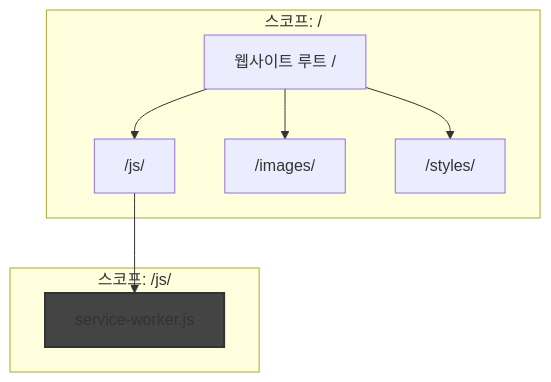
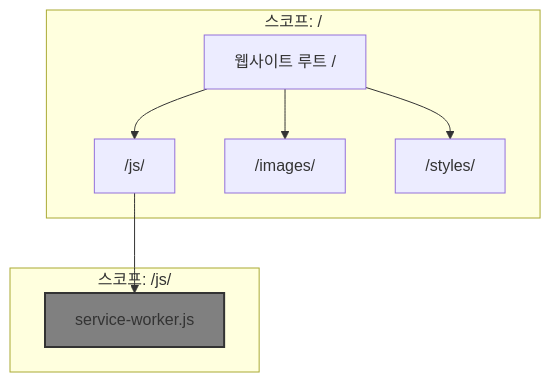
Before and after one commit to KalGookSoo/service-worker-basic: the second of 3 diagrams in chapters/02-1_registration_installation.md, drawn with Mermaid. The commit also changed other lines of this file and 3 other files, not shown here.

First line of the commit message:
docs: 다이어그램 스타일 색상 업데이트

````diff
--- a/chapters/02-1_registration_installation.md
+++ b/chapters/02-1_registration_installation.md
@@ -105,20 +105,20 @@
 ```mermaid
 graph TD
     A["웹사이트 루트 /"] --> B["/js/"]
     A --> C["/images/"]
     A --> D["/styles/"]
     B --> E["service-worker.js"]
     
     subgraph "스코프: /js/"
         E
     end
     
     subgraph "스코프: /"
         A
         B
         C
         D
     end
     
-    style E fill:#444,stroke:#333,stroke-width:2px
+    style E fill:#808080,stroke:#333,stroke-width:2px
 ```
````
